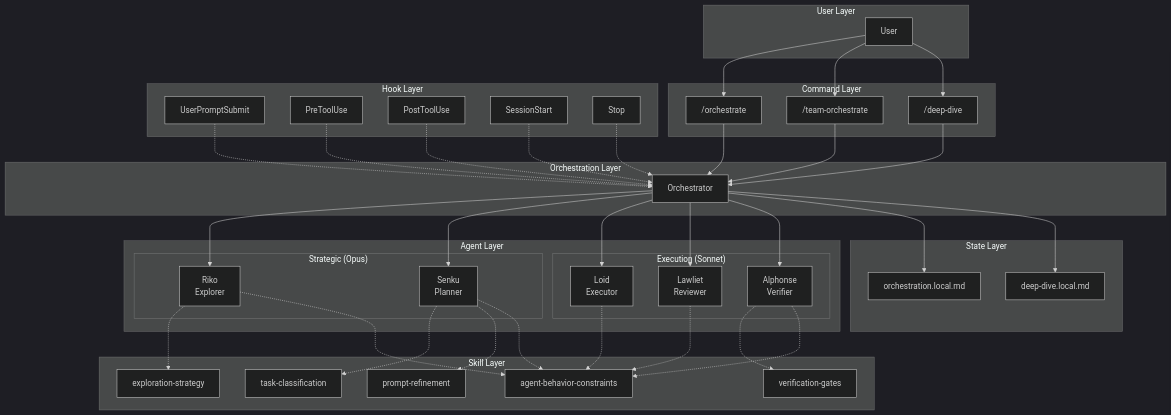
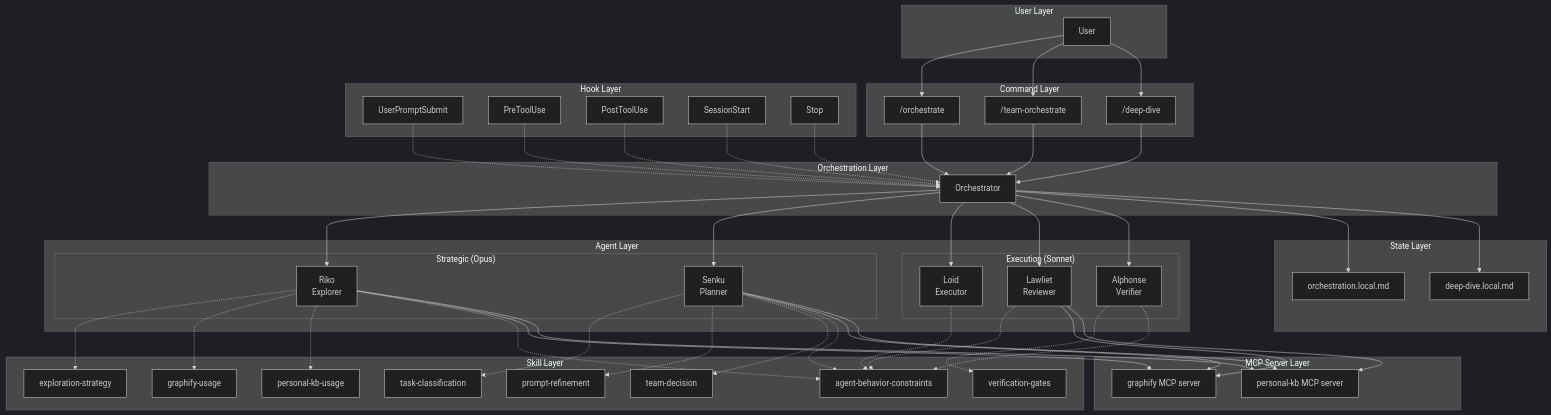
Before and after one commit to josix/agent-flow: the first of 2 diagrams in docs/architecture/overview.md, drawn with Mermaid (dark theme). The commit also changed other lines of this file and 9 other files, not shown here.

First line of the commit message:
docs: update reference docs to reflect graphify, personal-kb, and team orchestration features

````diff
--- a/docs/architecture/overview.md
+++ b/docs/architecture/overview.md
@@ -15,59 +15,71 @@
 ```mermaid
 flowchart TB
     subgraph User["User Layer"]
         U[User]
     end
 
     subgraph Commands["Command Layer"]
         O["/orchestrate"]
         TO["/team-orchestrate"]
         D["/deep-dive"]
     end
 
     subgraph Orchestration["Orchestration Layer"]
         ORC[Orchestrator]
     end
 
     subgraph Agents["Agent Layer"]
         subgraph Strategic["Strategic (Opus)"]
             R[Riko<br/>Explorer]
             S[Senku<br/>Planner]
         end
         subgraph Execution["Execution (Sonnet)"]
             L[Loid<br/>Executor]
             LW[Lawliet<br/>Reviewer]
             A[Alphonse<br/>Verifier]
         end
     end
 
     subgraph Skills["Skill Layer"]
         ES[exploration-strategy]
         TC[task-classification]
         PR[prompt-refinement]
         VG[verification-gates]
         ABC[agent-behavior-constraints]
+        TD[team-decision]
+        GU[graphify-usage]
+        PKU[personal-kb-usage]
+    end
+
+    subgraph MCP["MCP Server Layer"]
+        GMCP[graphify MCP server]
+        PKMCP[personal-kb MCP server]
     end
 
     subgraph Hooks["Hook Layer"]
         H1[UserPromptSubmit]
         H2[PreToolUse]
         H3[PostToolUse]
         H4[SessionStart]
         H5[Stop]
     end
 
     subgraph State["State Layer"]
         OS[orchestration.local.md]
         DS[deep-dive.local.md]
     end
 
     U --> O & TO & D
     O & TO & D --> ORC
     ORC --> R & S & L & LW & A
     R -.-> ES
+    R -.-> GU & PKU
     S -.-> TC & PR
+    S -.-> TD
     A -.-> VG
     R & S & L & LW & A -.-> ABC
     H1 & H2 & H3 & H4 & H5 -.-> ORC
     ORC --> OS & DS
+    R & S & LW --> GMCP
+    R & S & LW --> PKMCP
 ```
````
